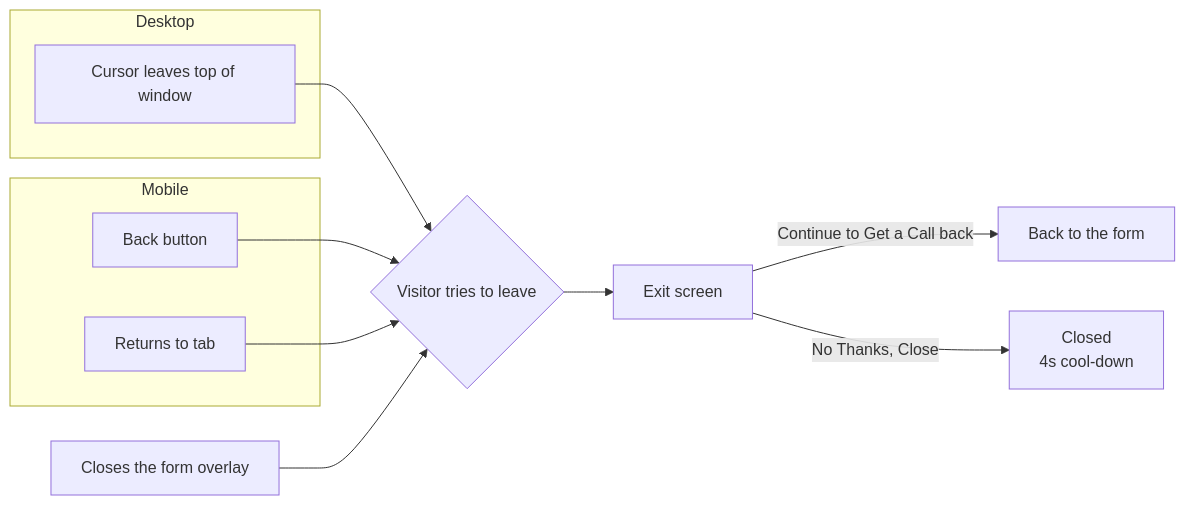
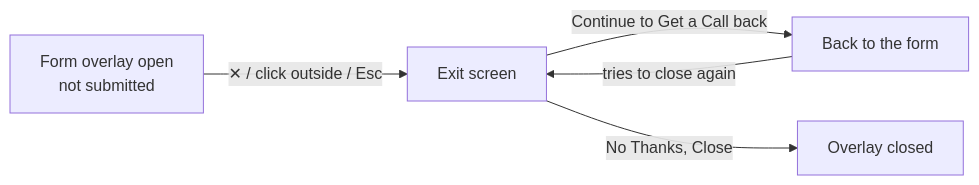
One commit to abhinavthak/dypatil-lead-form changed the second of 2 diagrams in docs/PRD.md. Above: the diagram before and after it, drawn with Mermaid. The commit also changed other lines of this file and 5 other files, not shown here.

First line of the commit message:
Exit intent only when the form is closed

````diff
--- a/docs/PRD.md
+++ b/docs/PRD.md
@@ -131,18 +135,7 @@
 ```mermaid
 flowchart LR
-    A{Visitor tries to leave} --> B[Exit screen]
-    subgraph Desktop
-      A1[Cursor leaves top of window]
-    end
-    subgraph Mobile
-      A2[Back button]
-      A4[Returns to tab]
-    end
-    A5[Closes the form overlay]
-    A1 --> A
-    A2 --> A
-    A4 --> A
-    A5 --> A
+    A[Form overlay open<br/>not submitted] -->|✕ / click outside / Esc| B[Exit screen]
     B -->|Continue to Get a Call back| C[Back to the form]
-    B -->|No Thanks, Close| D[Closed<br/>4s cool-down]
+    C -->|tries to close again| B
+    B -->|No Thanks, Close| D[Overlay closed]
 ```
````
